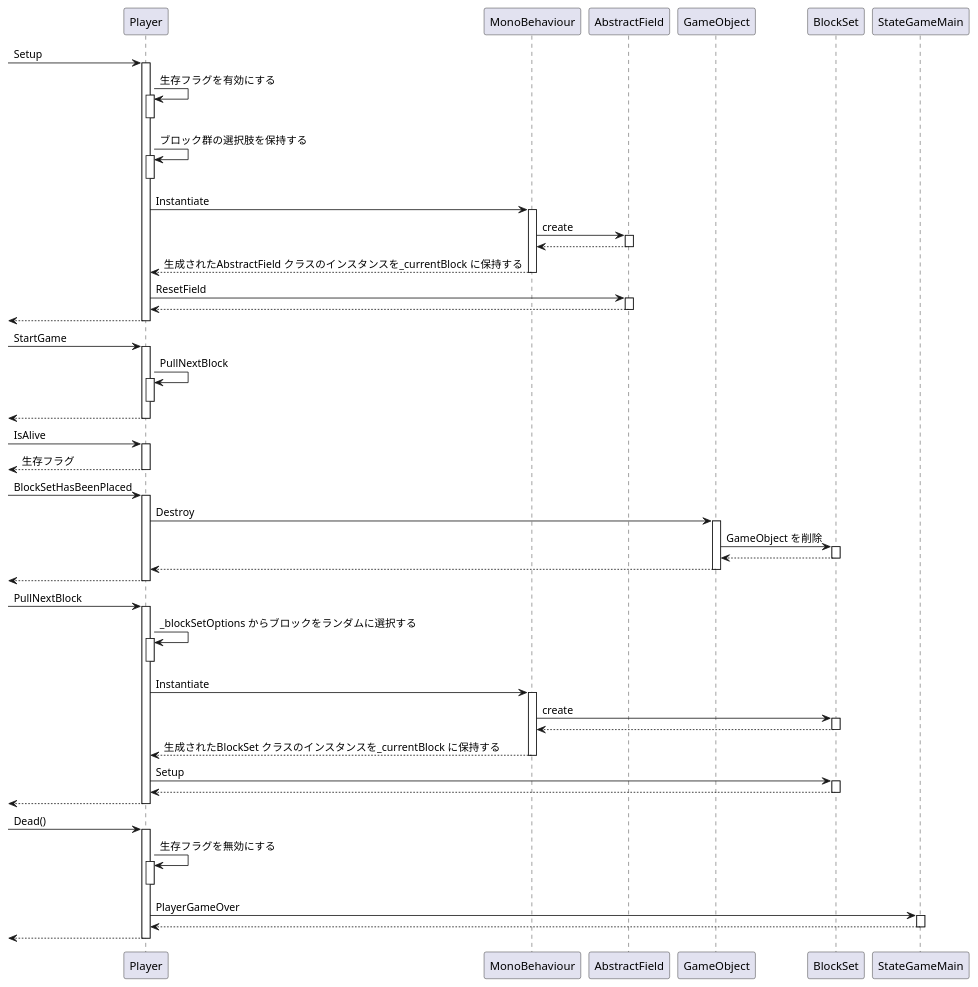
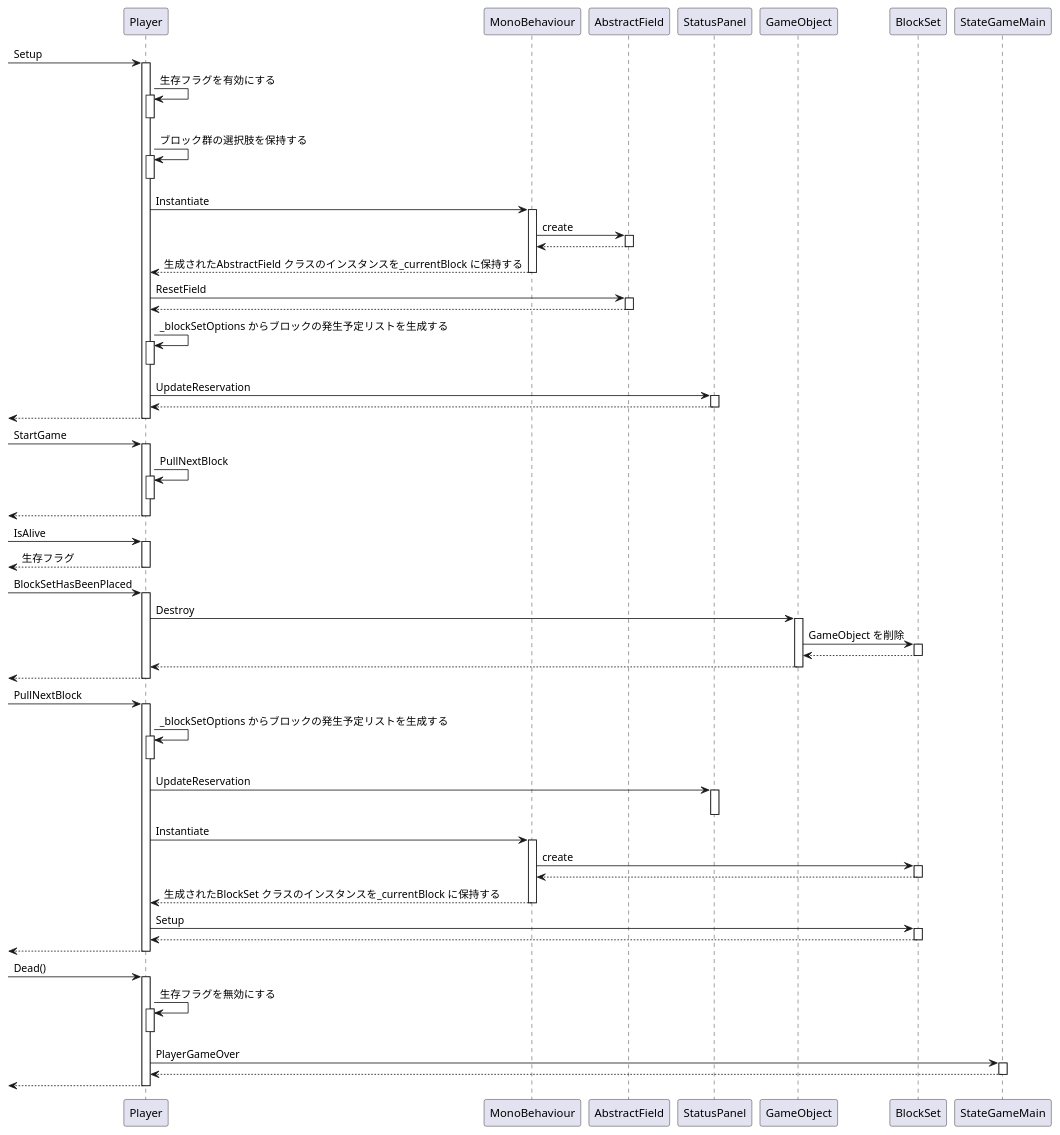
One commit to azarashin/UnityTetris changed the diagram in Documents/PlantUML/SQD_Player.pu. Above: the diagram before and after it, drawn with PlantUML. The commit also changed 12 other files, not shown here.

```diff
--- a/Documents/PlantUML/SQD_Player.pu
+++ b/Documents/PlantUML/SQD_Player.pu
@@ -1,85 +1,98 @@
 @startuml
+
+' StatusPanel のインスタンスはPlayer からしかアクセスできないのと、
+' 単純な処理しか実行していないため、スタブを用いた試験は一旦見送る
 
 [-> Player : Setup
 activate Player
     Player -> Player : 生存フラグを有効にする
     activate Player
     deactivate Player
     Player -> Player : ブロック群の選択肢を保持する
     activate Player
     deactivate Player
     Player -> MonoBehaviour : Instantiate
     activate MonoBehaviour
         MonoBehaviour -> AbstractField : create
         activate AbstractField
             MonoBehaviour <-- AbstractField
         deactivate AbstractField
         Player <-- MonoBehaviour : 生成されたAbstractField クラスのインスタンスを_currentBlock に保持する
     deactivate MonoBehaviour
     Player -> AbstractField : ResetField
     activate AbstractField
         Player <-- AbstractField
     deactivate AbstractField
+    Player -> Player : _blockSetOptions からブロックの発生予定リストを生成する
+    activate Player
+    deactivate Player
+    Player -> StatusPanel : UpdateReservation
+    activate StatusPanel
+        Player <-- StatusPanel
+    deactivate StatusPanel
     [<-- Player
 deactivate Player
 
 [-> Player : StartGame
 activate Player
     Player -> Player : PullNextBlock
     activate Player
     deactivate Player
     [<-- Player
 deactivate Player
 
 [-> Player : IsAlive
 activate Player
     [<-- Player : 生存フラグ
 deactivate Player
 
 [-> Player : BlockSetHasBeenPlaced
 activate Player
     Player -> GameObject : Destroy
     activate GameObject
         GameObject -> BlockSet : GameObject を削除
         activate BlockSet
             GameObject <-- BlockSet
         deactivate BlockSet
         Player <-- GameObject
     deactivate GameObject
     [<-- Player
 deactivate Player
 
 [-> Player : PullNextBlock
 activate Player
-    Player -> Player : _blockSetOptions からブロックをランダムに選択する
+    Player -> Player : _blockSetOptions からブロックの発生予定リストを生成する
     activate Player
     deactivate Player
+    Player -> StatusPanel : UpdateReservation
+    activate StatusPanel
+    deactivate StatusPanel
     Player -> MonoBehaviour : Instantiate
     activate MonoBehaviour
         MonoBehaviour -> BlockSet : create
         activate BlockSet
             MonoBehaviour <-- BlockSet
         deactivate BlockSet
         Player <-- MonoBehaviour : 生成されたBlockSet クラスのインスタンスを_currentBlock に保持する
     deactivate MonoBehaviour
     Player -> BlockSet : Setup
     activate BlockSet
         Player <-- BlockSet
     deactivate BlockSet
     [<-- Player
 deactivate Player
 
 [-> Player : Dead()
 activate Player
     Player -> Player : 生存フラグを無効にする
     activate Player
     deactivate Player
     Player -> StateGameMain : PlayerGameOver
     activate StateGameMain
         Player <-- StateGameMain
     deactivate StateGameMain
     [<-- Player
 deactivate Player
 
 
 @enduml
```
